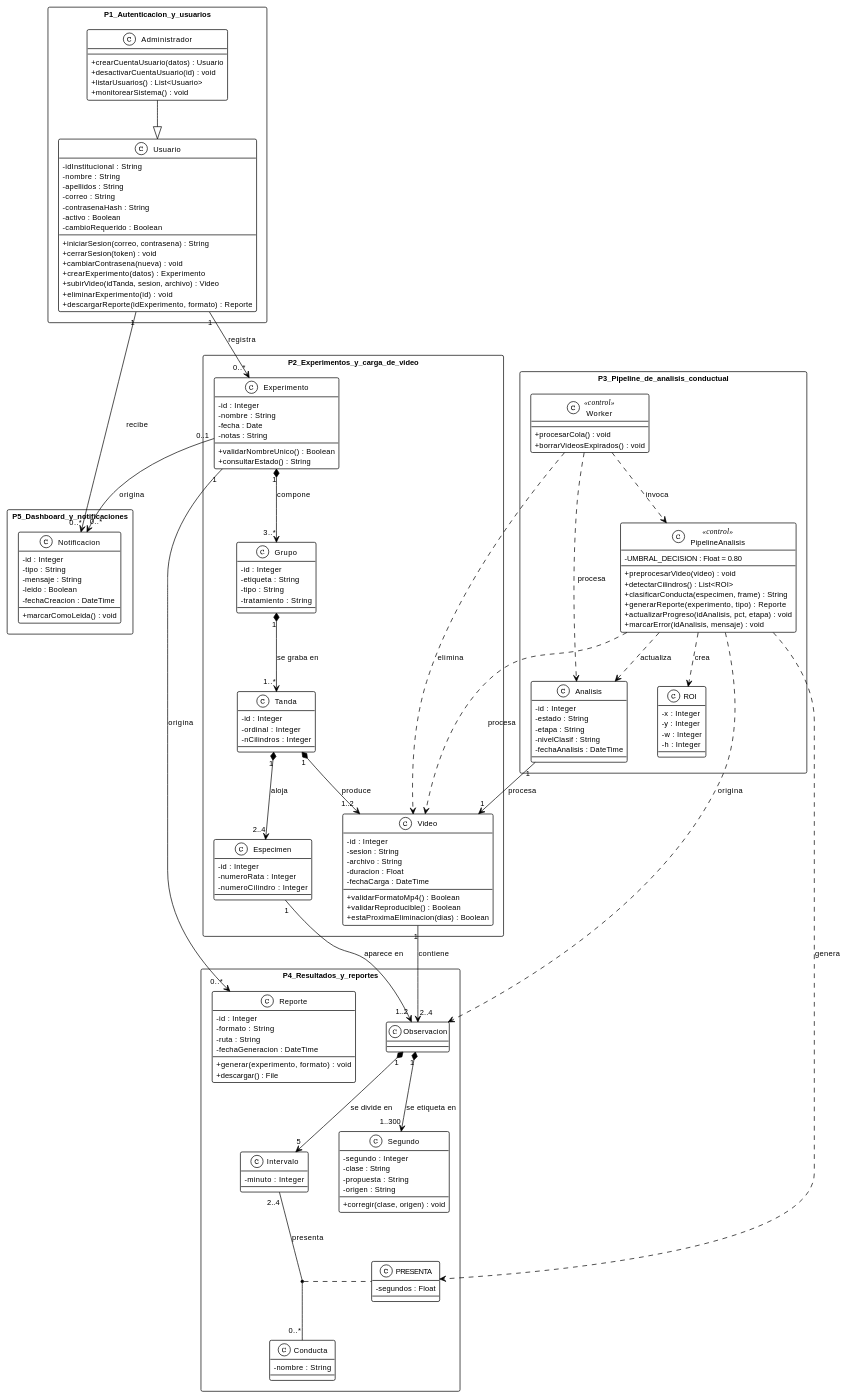
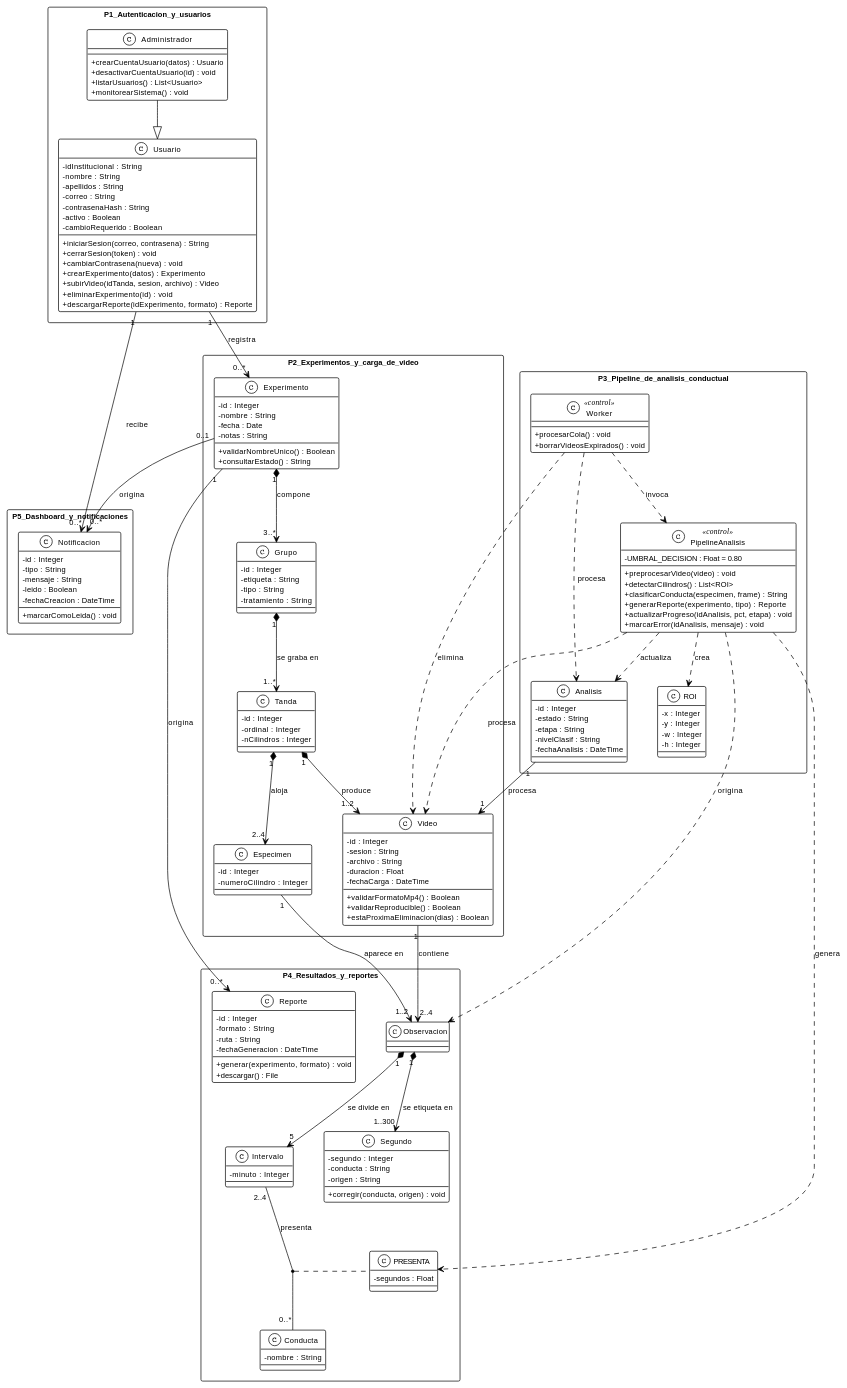
Before and after one commit to ErickJester/fst-ai-system-latex: diagram 13 of 38 in INSTRUCCIONES-WEB.md, drawn with PlantUML. The commit also changed other lines of this file and 28 other files, not shown here.

```diff
--- a/INSTRUCCIONES-WEB.md
+++ b/INSTRUCCIONES-WEB.md
@@ -1446,7 +1441,6 @@
   }
   class Especimen {
     -id : Integer
-    -numeroRata : Integer
     -numeroCilindro : Integer
   }
   class Video {
@@ -1504,10 +1498,9 @@
   }
   class Segundo {
     -segundo : Integer
-    -clase : String
-    -propuesta : String
+    -conducta : String
     -origen : String
-    +corregir(clase, origen) : void
+    +corregir(conducta, origen) : void
   }
   class Reporte {
     -id : Integer
```
